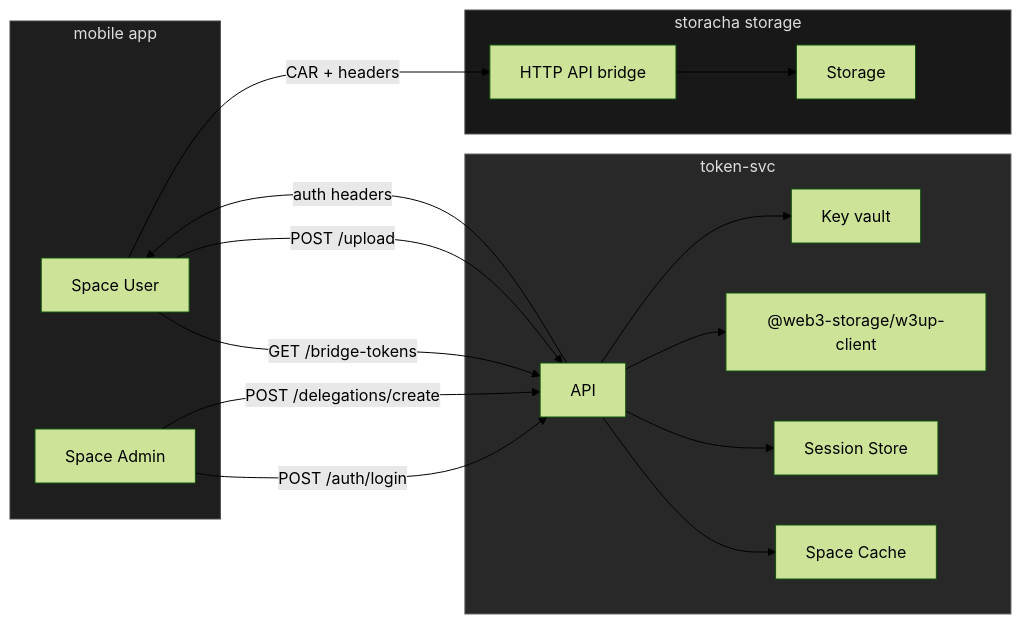
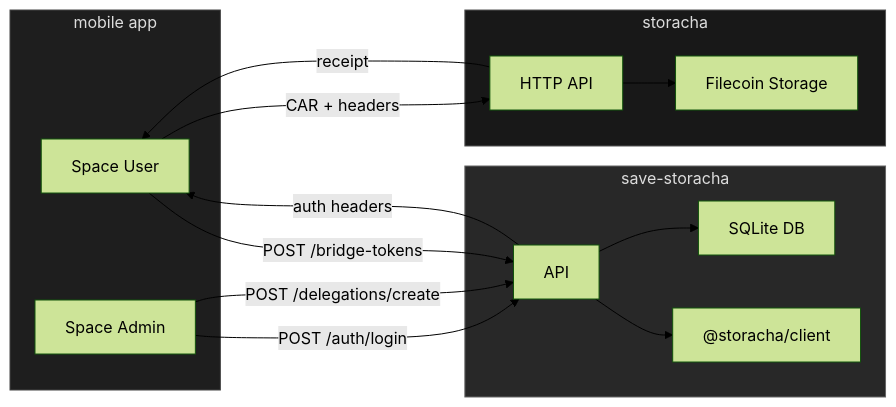
One commit to hyphacoop/save-storacha changed the diagram in README.md. Above: the diagram before and after it, drawn with Mermaid (forest theme). The commit also changed other lines of this file, not shown here.

````diff
--- a/README.md
+++ b/README.md
@@ -29,39 +20,35 @@
 ```mermaid
 flowchart LR
     %% mobile clients
     subgraph Mobile["mobile app"]
         style Mobile fill:#1e1e1e,stroke:#444,color:#ddd
         UA["Space User"]
         AA["Space Admin"]
     end
 
     %% token service
-    subgraph TokenSvc["token-svc"]
+    subgraph TokenSvc["save-storacha"]
         style TokenSvc fill:#282828,stroke:#666,color:#ddd
         API["API"]
-        KV["Key vault"]
-        SDK["@web3-storage/w3up-client"]
-        Session["Session Store"]
-        Cache["Space Cache"]
-        API --> KV
+        DB["SQLite DB"]
+        SDK["@storacha/client"]
+        API --> DB
         API --> SDK
-        API --> Session
-        API --> Cache
     end
 
     %% storacha storage
-    subgraph Storacha["storacha storage"]
+    subgraph Storacha["storacha"]
         style Storacha fill:#181818,stroke:#555,color:#ddd
-        BR["HTTP API bridge"]
-        DB["Storage"]
-        BR --> DB
+        Bridge["HTTP API"]
+        Storage["Filecoin Storage"]
+        Bridge --> Storage
     end
 
     %% flows
     AA -- "POST /auth/login" --> API
     AA -- "POST /delegations/create" --> API
-    UA -- "GET /bridge-tokens" --> API
+    UA -- "POST /bridge-tokens" --> API
     API -- "auth headers" --> UA
-    UA -- "CAR + headers" --> BR
-    UA -- "POST /upload" --> API
+    UA -- "CAR + headers" --> Bridge
+    Bridge -- "receipt" --> UA
 ```
````
